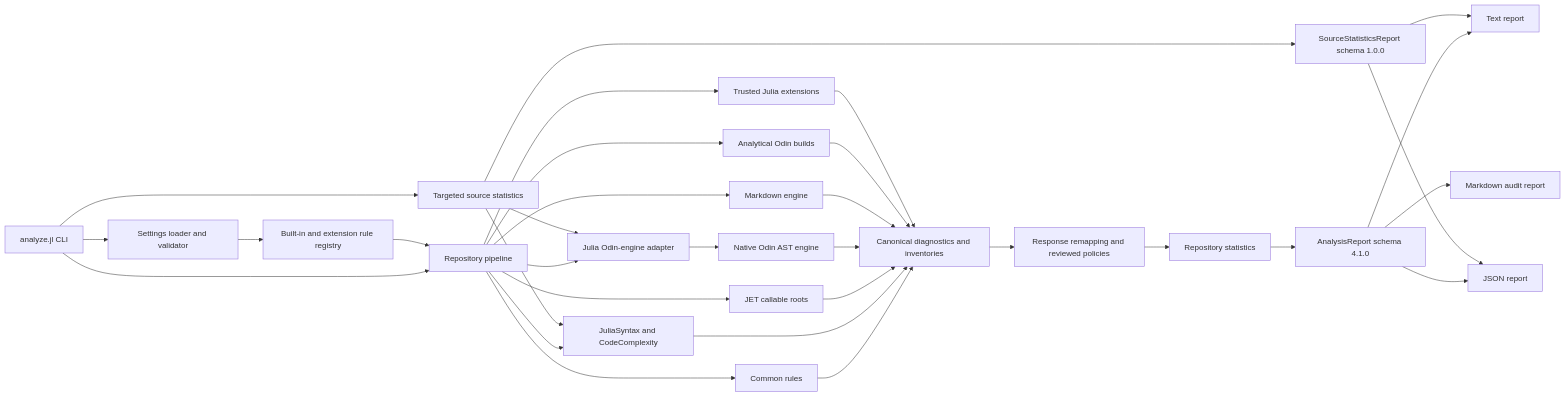
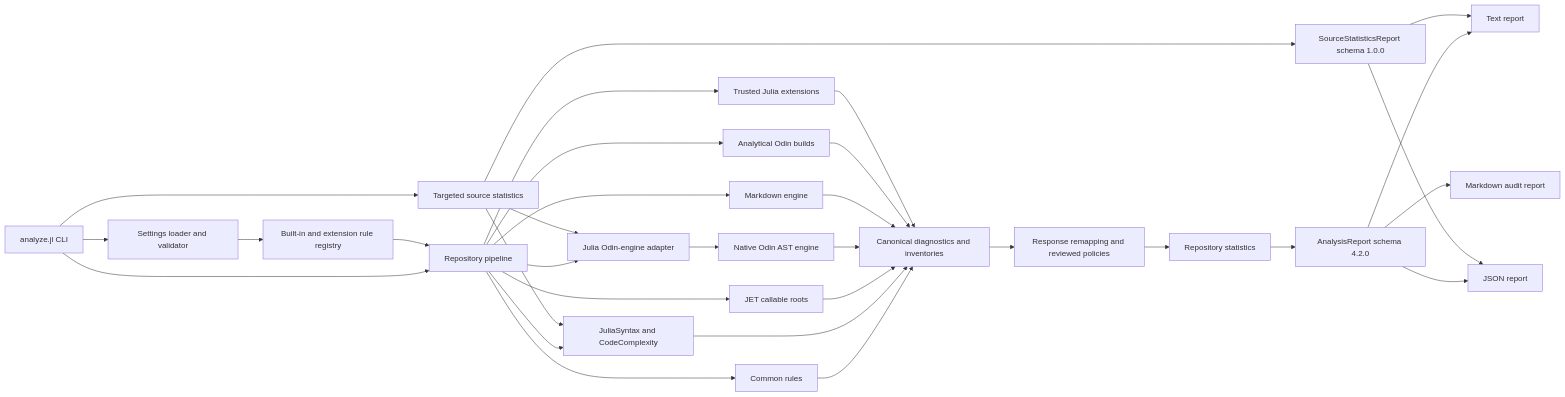
One commit to derekshoneycutt/OdinJuliaAnalysis changed the first of 4 diagrams in README.md. Above: the diagram before and after it, drawn with Mermaid. The commit also changed other lines of this file and 21 other files, not shown here.

````diff
--- a/README.md
+++ b/README.md
@@ -182,37 +182,37 @@
 ```mermaid
 flowchart LR
     CLI[analyze.jl CLI] --> Settings[Settings loader and validator]
     CLI --> Pipeline[Repository pipeline]
   CLI --> LocalStats[Targeted source statistics]
     Settings --> Registry[Built-in and extension rule registry]
     Registry --> Pipeline
 
     Pipeline --> Common[Common rules]
     Pipeline --> Julia[JuliaSyntax and CodeComplexity]
     Pipeline --> JET[JET callable roots]
     Pipeline --> OdinBridge[Julia Odin-engine adapter]
     LocalStats --> Julia
     LocalStats --> OdinBridge
     OdinBridge --> OdinNative[Native Odin AST engine]
     Pipeline --> Markdown[Markdown engine]
     Pipeline --> Builds[Analytical Odin builds]
     Pipeline --> Extensions[Trusted Julia extensions]
 
     Common --> Model[Canonical diagnostics and inventories]
     Julia --> Model
     JET --> Model
     OdinNative --> Model
     Markdown --> Model
     Builds --> Model
     Extensions --> Model
 
     Model --> Policy[Response remapping and reviewed policies]
     Policy --> Statistics[Repository statistics]
-    Statistics --> Report[AnalysisReport schema 4.1.0]
+    Statistics --> Report[AnalysisReport schema 4.2.0]
     LocalStats --> StatsReport[SourceStatisticsReport schema 1.0.0]
     Report --> Text[Text report]
     Report --> JSON[JSON report]
     Report --> MD[Markdown audit report]
     StatsReport --> Text
     StatsReport --> JSON
 ```
````
